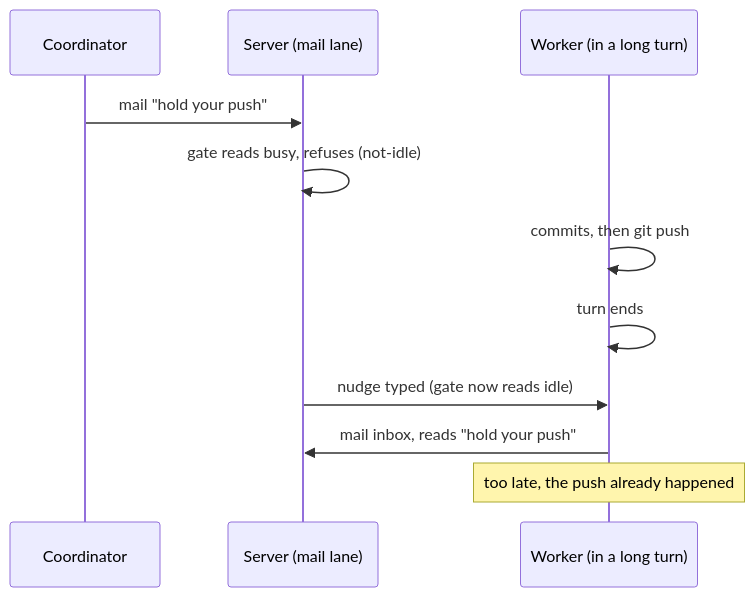
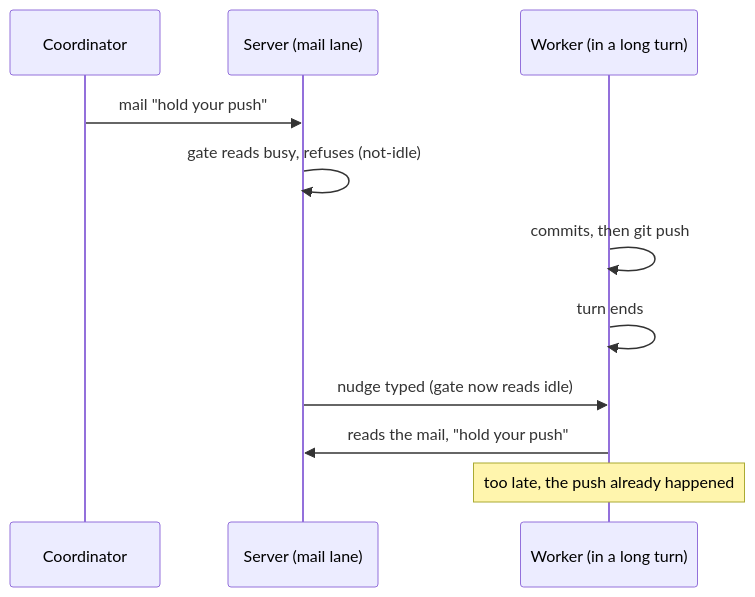
The first of 2 diagrams in docs/superpowers/specs/2026-11-19-mid-turn-mail-design.md (Synapsium-Labs/ccrc-pwa), drawn with Mermaid before and after one commit. The commit also changed other lines of this file and 1 other file, not shown here.

First line of the commit message:
docs(overlord): mid-turn mail design, fix round 1 - a marker and a hook line, no typing (wave 165)

````diff
--- a/docs/superpowers/specs/2026-11-19-mid-turn-mail-design.md
+++ b/docs/superpowers/specs/2026-11-19-mid-turn-mail-design.md
@@ -52,13 +56,13 @@
 ```mermaid
 sequenceDiagram
   participant C as Coordinator
   participant S as Server (mail lane)
   participant W as Worker (in a long turn)
   C->>S: mail "hold your push"
   S->>S: gate reads busy, refuses (not-idle)
   W->>W: commits, then git push
   W->>W: turn ends
   S->>W: nudge typed (gate now reads idle)
-  W->>S: mail inbox, reads "hold your push"
+  W->>S: reads the mail, "hold your push"
   Note over W: too late, the push already happened
 ```
````
